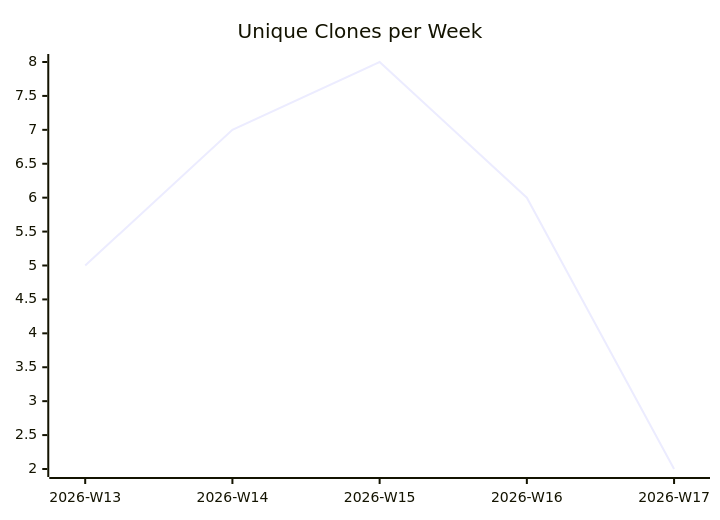
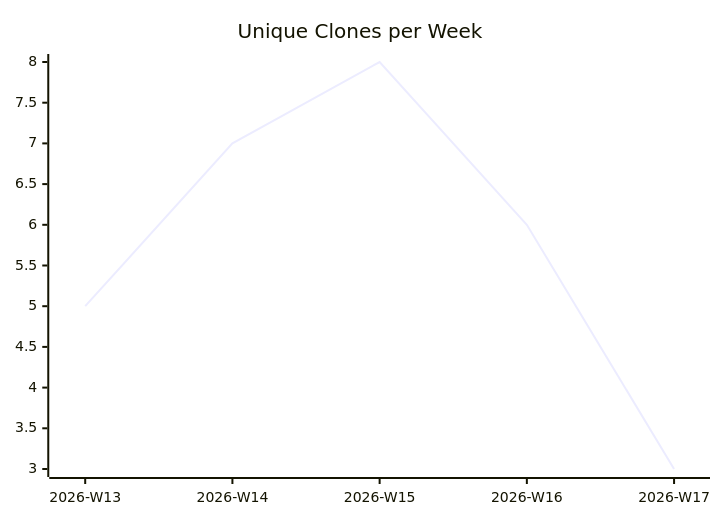
One commit to justdavis-family/github-analytics-data changed the third of 3 diagrams in karlmdavis/ansible-role-jenkins2/README.md. Above: the diagram before and after it, drawn with Mermaid. The commit also changed other lines of this file and 197 other files, not shown here.

````diff
--- a/karlmdavis/ansible-role-jenkins2/README.md
+++ b/karlmdavis/ansible-role-jenkins2/README.md
@@ -19,6 +19,6 @@
 ```mermaid
 xychart-beta
   title "Unique Clones per Week"
   x-axis ["2026-W13", "2026-W14", "2026-W15", "2026-W16", "2026-W17"]
-  line [5, 7, 8, 6, 2]
+  line [5, 7, 8, 6, 3]
 ```
````
